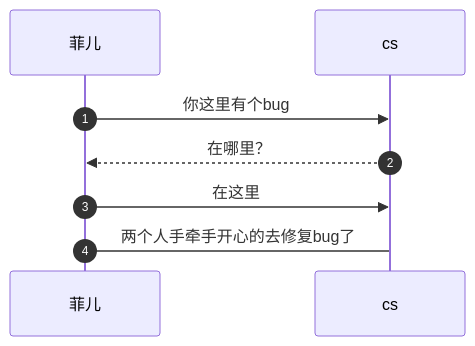
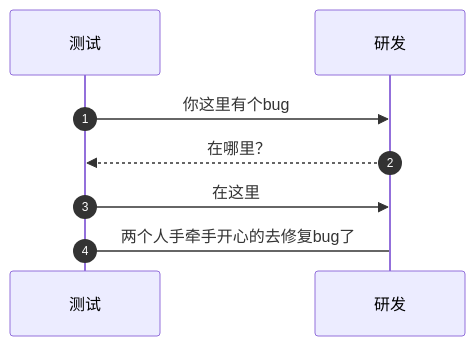
The eighth of 15 diagrams in 3-way-handshake.md (dadins/dadins.github.io), drawn with Mermaid before and after one commit. The commit also changed other lines of this file, not shown here.

````diff
--- a/3-way-handshake.md
+++ b/3-way-handshake.md
@@ -267,10 +267,10 @@
 ```mermaid
 sequenceDiagram
-participant 菲儿
-participant cs
+participant 测试
+participant 研发
 autonumber
-菲儿->> cs: 你这里有个bug 
-cs -->> 菲儿:  在哪里？
-菲儿 ->> cs : 在这里
-菲儿 -> cs: 两个人手牵手开心的去修复bug了
+测试 ->>  研发: 你这里有个bug 
+研发 -->> 测试: 在哪里？
+测试 ->>  研发: 在这里
+测试 ->   研发: 两个人手牵手开心的去修复bug了
 ```
````
